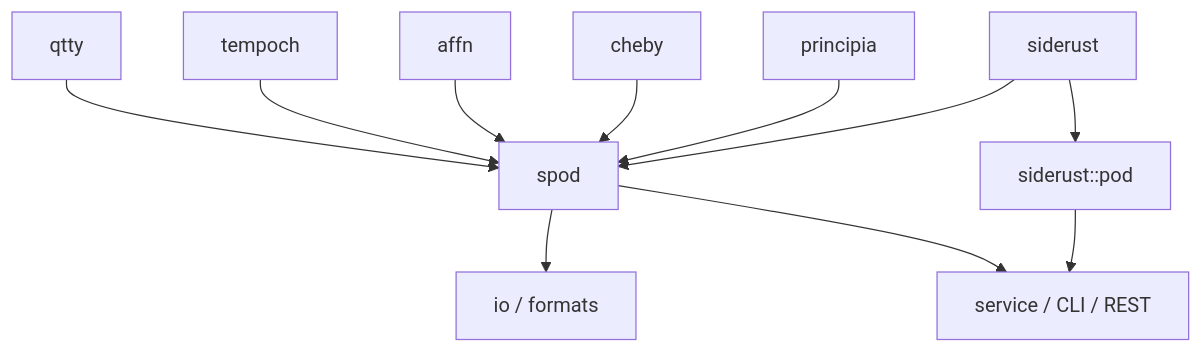
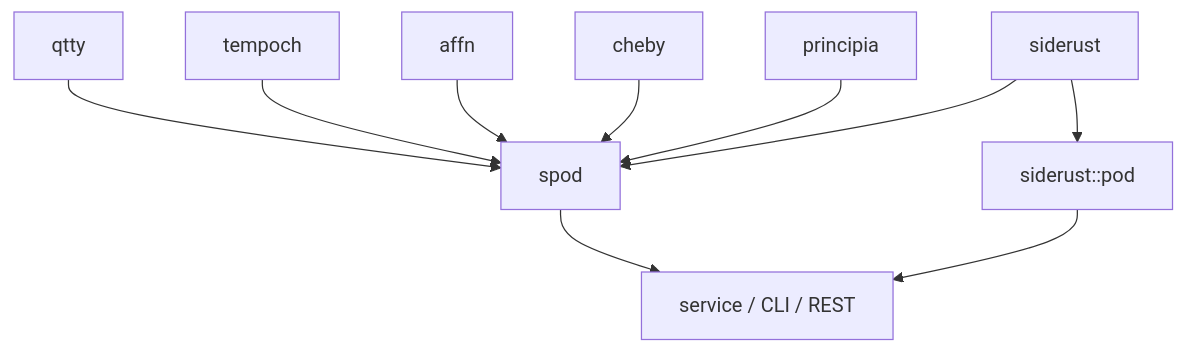
The first of 2 diagrams in docs/architecture/overview.md (VPRamon/spod), drawn with Mermaid before and after one commit. The commit also changed other lines of this file and 71 other files, not shown here.

````diff
--- a/docs/architecture/overview.md
+++ b/docs/architecture/overview.md
@@ -16,14 +16,13 @@
 ```mermaid
 flowchart TD
     QTTY[qtty] --> POD[spod]
     TEMPOCH[tempoch] --> POD
     AFFN[affn] --> POD
     CHEBY[cheby] --> POD
     PRINCIPIA[principia] --> POD
     SIDERUST[siderust] --> POD
 
-    POD --> IO[io / formats]
     POD --> SVC[service / CLI / REST]
     SIDERUST --> SCIENCE[siderust::pod]
     SCIENCE --> SVC
 ```
````
